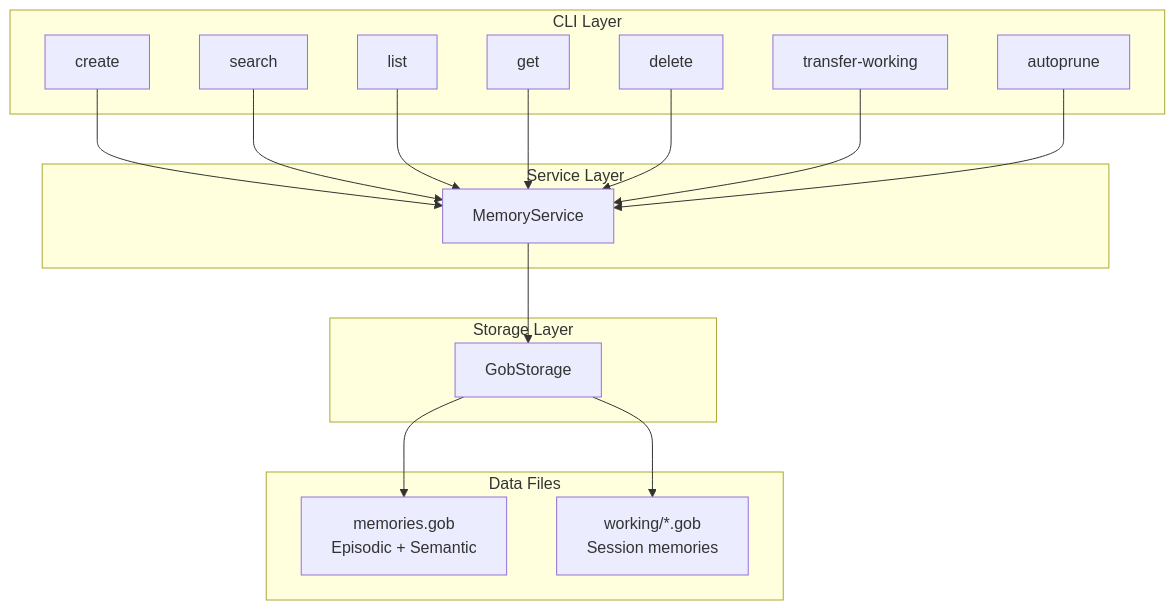
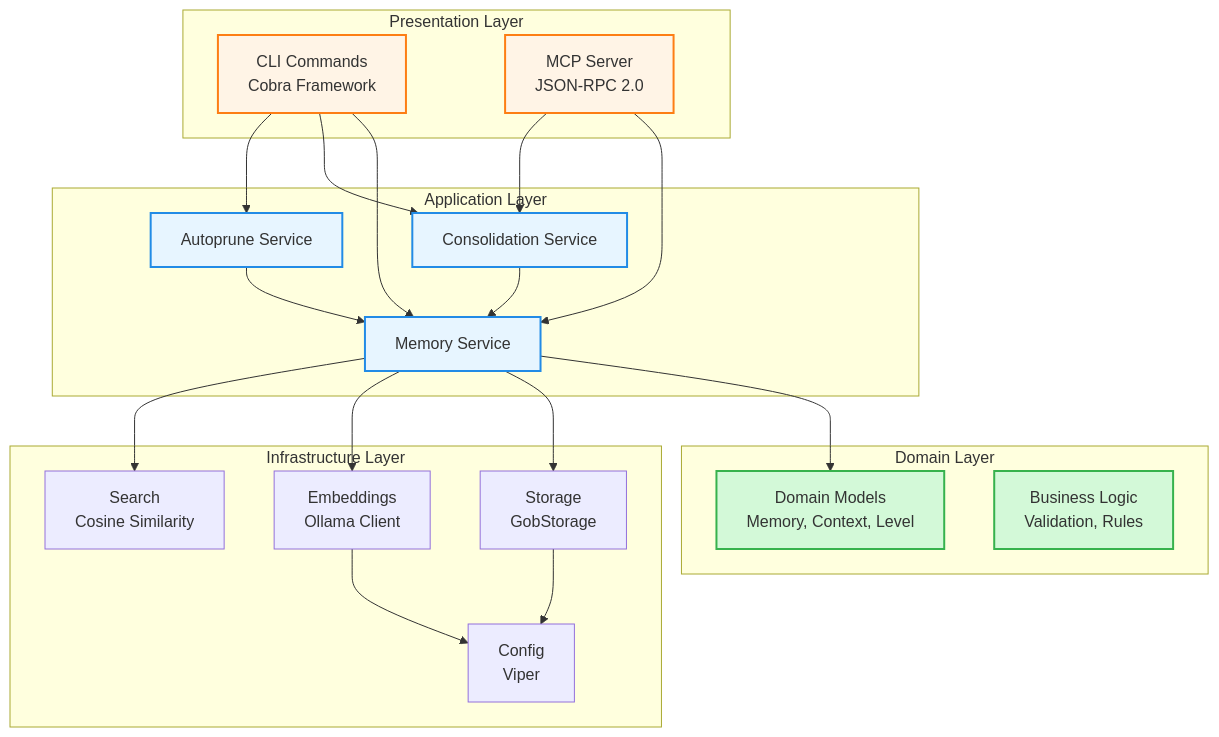
Before and after one commit to fmatsos/cortex: the first of 16 diagrams in docs/ARCHITECTURE.md, drawn with Mermaid. The commit also changed other lines of this file and 5 other files, not shown here.

First line of the commit message:
docs: comprehensive documentation update with MermaidJS diagrams (#16)

````diff
--- a/docs/ARCHITECTURE.md
+++ b/docs/ARCHITECTURE.md
@@ -5,37 +22,50 @@
 ```mermaid
 graph TB
-    subgraph "CLI Layer"
-        CREATE[create]
-        SEARCH[search]
-        LIST[list]
-        GET[get]
-        DELETE[delete]
-        TRANSFER[transfer-working]
-        PRUNE[autoprune]
+    subgraph "Presentation Layer"
+        CLI[CLI Commands<br/>Cobra Framework]
+        MCP[MCP Server<br/>JSON-RPC 2.0]
     end
 
-    subgraph "Service Layer"
-        MS[MemoryService]
+    subgraph "Application Layer"
+        MS[Memory Service]
+        CS[Consolidation Service]
+        AS[Autoprune Service]
     end
 
-    subgraph "Storage Layer"
-        GS[GobStorage]
+    subgraph "Domain Layer"
+        DM[Domain Models<br/>Memory, Context, Level]
+        BL[Business Logic<br/>Validation, Rules]
     end
 
-    subgraph "Data Files"
-        PERS[memories.gob<br/>Episodic + Semantic]
-        WORK[working/*.gob<br/>Session memories]
+    subgraph "Infrastructure Layer"
+        ST[Storage<br/>GobStorage]
+        EM[Embeddings<br/>Ollama Client]
+        SE[Search<br/>Cosine Similarity]
+        CF[Config<br/>Viper]
     end
 
-    CREATE --> MS
-    SEARCH --> MS
-    LIST --> MS
-    GET --> MS
-    DELETE --> MS
-    TRANSFER --> MS
-    PRUNE --> MS
+    CLI --> MS
+    CLI --> CS
+    CLI --> AS
+    MCP --> MS
+    MCP --> CS
 
-    MS --> GS
-    GS --> PERS
-    GS --> WORK
+    MS --> DM
+    MS --> ST
+    MS --> EM
+    MS --> SE
+
+    CS --> MS
+    AS --> MS
+
+    ST --> CF
+    EM --> CF
+
+    style CLI fill:#fff4e6,stroke:#fd7e14,stroke-width:2px
+    style MCP fill:#fff4e6,stroke:#fd7e14,stroke-width:2px
+    style MS fill:#e7f5ff,stroke:#228be6,stroke-width:2px
+    style CS fill:#e7f5ff,stroke:#228be6,stroke-width:2px
+    style AS fill:#e7f5ff,stroke:#228be6,stroke-width:2px
+    style DM fill:#d3f9d8,stroke:#37b24d,stroke-width:2px
+    style BL fill:#d3f9d8,stroke:#37b24d,stroke-width:2px
 ```
````
